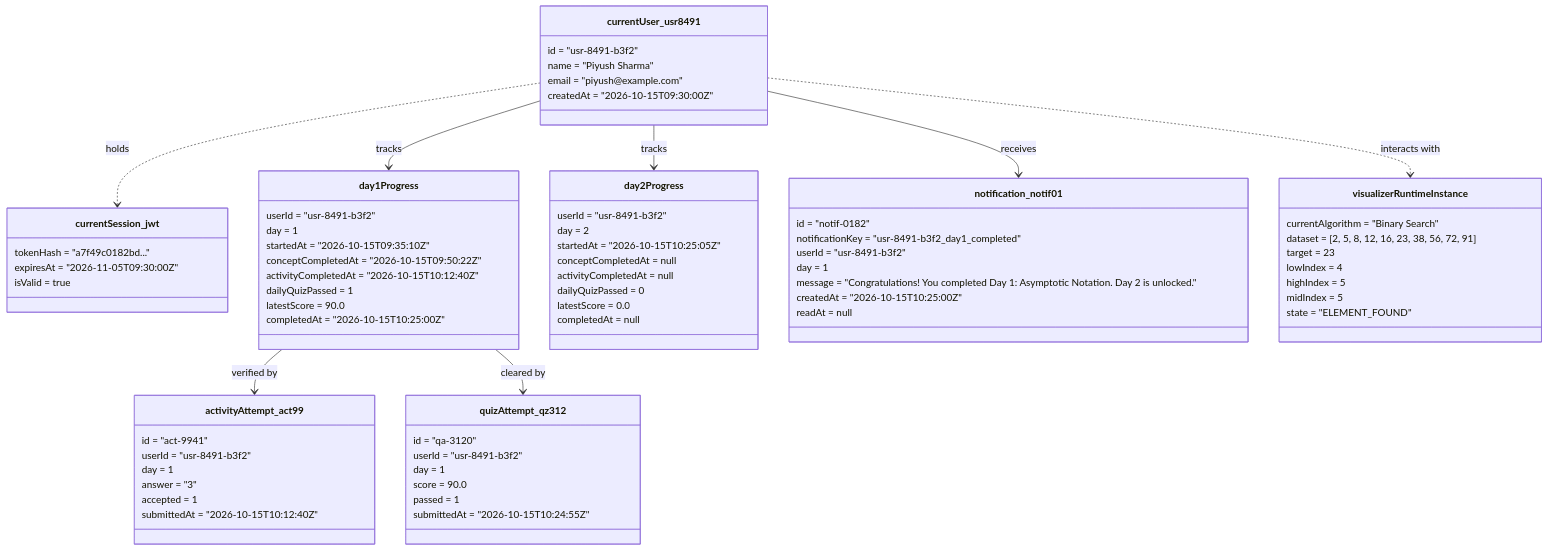
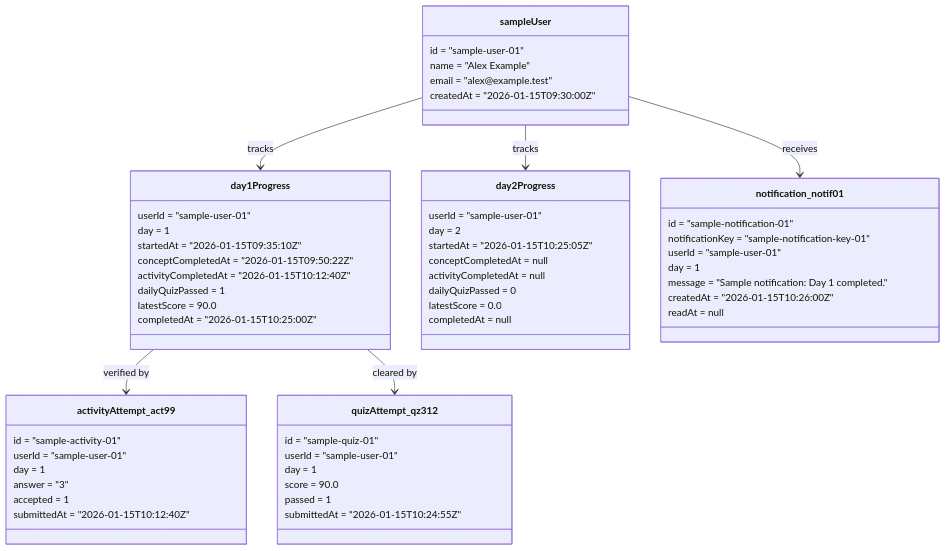
The eighth of 9 diagrams in SOFTWARE_ENGINEERING_DOCUMENTATION.md (piyushuttamsawant99-hub/Algorithms-Hub), drawn with Mermaid before and after one commit. The commit also changed other lines of this file and 21 other files, not shown here.

````diff
--- a/SOFTWARE_ENGINEERING_DOCUMENTATION.md
+++ b/SOFTWARE_ENGINEERING_DOCUMENTATION.md
@@ -447,34 +398,28 @@
 ```mermaid
 classDiagram
-    %% Concrete Runtime Instances
-    class currentUser_usr8491 {
-        id = "usr-8491-b3f2"
-        name = "Piyush Sharma"
-        email = "piyush@example.com"
-        createdAt = "2026-10-15T09:30:00Z"
-    }
-
-    class currentSession_jwt {
-        tokenHash = "a7f49c0182bd..."
-        expiresAt = "2026-11-05T09:30:00Z"
-        isValid = true
+    %% Fictional sample data
+    class sampleUser {
+        id = "sample-user-01"
+        name = "Alex Example"
+        email = "alex@example.test"
+        createdAt = "2026-01-15T09:30:00Z"
     }
 
     class day1Progress {
-        userId = "usr-8491-b3f2"
+        userId = "sample-user-01"
         day = 1
-        startedAt = "2026-10-15T09:35:10Z"
-        conceptCompletedAt = "2026-10-15T09:50:22Z"
-        activityCompletedAt = "2026-10-15T10:12:40Z"
+        startedAt = "2026-01-15T09:35:10Z"
+        conceptCompletedAt = "2026-01-15T09:50:22Z"
+        activityCompletedAt = "2026-01-15T10:12:40Z"
         dailyQuizPassed = 1
         latestScore = 90.0
-        completedAt = "2026-10-15T10:25:00Z"
+        completedAt = "2026-01-15T10:25:00Z"
     }
 
     class day2Progress {
-        userId = "usr-8491-b3f2"
+        userId = "sample-user-01"
         day = 2
-        startedAt = "2026-10-15T10:25:05Z"
+        startedAt = "2026-01-15T10:25:05Z"
         conceptCompletedAt = null
         activityCompletedAt = null
         dailyQuizPassed = 0
@@ -483,48 +428,36 @@
     }
 
     class activityAttempt_act99 {
-        id = "act-9941"
-        userId = "usr-8491-b3f2"
+        id = "sample-activity-01"
+        userId = "sample-user-01"
         day = 1
         answer = "3"
         accepted = 1
-        submittedAt = "2026-10-15T10:12:40Z"
+        submittedAt = "2026-01-15T10:12:40Z"
     }
 
     class quizAttempt_qz312 {
-        id = "qa-3120"
-        userId = "usr-8491-b3f2"
+        id = "sample-quiz-01"
+        userId = "sample-user-01"
         day = 1
         score = 90.0
         passed = 1
-        submittedAt = "2026-10-15T10:24:55Z"
+        submittedAt = "2026-01-15T10:24:55Z"
     }
 
     class notification_notif01 {
-        id = "notif-0182"
-        notificationKey = "usr-8491-b3f2_day1_completed"
-        userId = "usr-8491-b3f2"
+        id = "sample-notification-01"
+        notificationKey = "sample-notification-key-01"
+        userId = "sample-user-01"
         day = 1
-        message = "Congratulations! You completed Day 1: Asymptotic Notation. Day 2 is unlocked."
-        createdAt = "2026-10-15T10:25:00Z"
+        message = "Sample notification: Day 1 completed."
+        createdAt = "2026-01-15T10:26:00Z"
         readAt = null
     }
 
-    class visualizerRuntimeInstance {
-        currentAlgorithm = "Binary Search"
-        dataset = [2, 5, 8, 12, 16, 23, 38, 56, 72, 91]
-        target = 23
-        lowIndex = 4
-        highIndex = 5
-        midIndex = 5
-        state = "ELEMENT_FOUND"
-    }
-
-    currentUser_usr8491 ..> currentSession_jwt : holds
-    currentUser_usr8491 --> day1Progress : tracks
-    currentUser_usr8491 --> day2Progress : tracks
+    sampleUser --> day1Progress : tracks
+    sampleUser --> day2Progress : tracks
     day1Progress --> activityAttempt_act99 : verified by
     day1Progress --> quizAttempt_qz312 : cleared by
-    currentUser_usr8491 --> notification_notif01 : receives
-    currentUser_usr8491 ..> visualizerRuntimeInstance : interacts with
+    sampleUser --> notification_notif01 : receives
 ```
````
